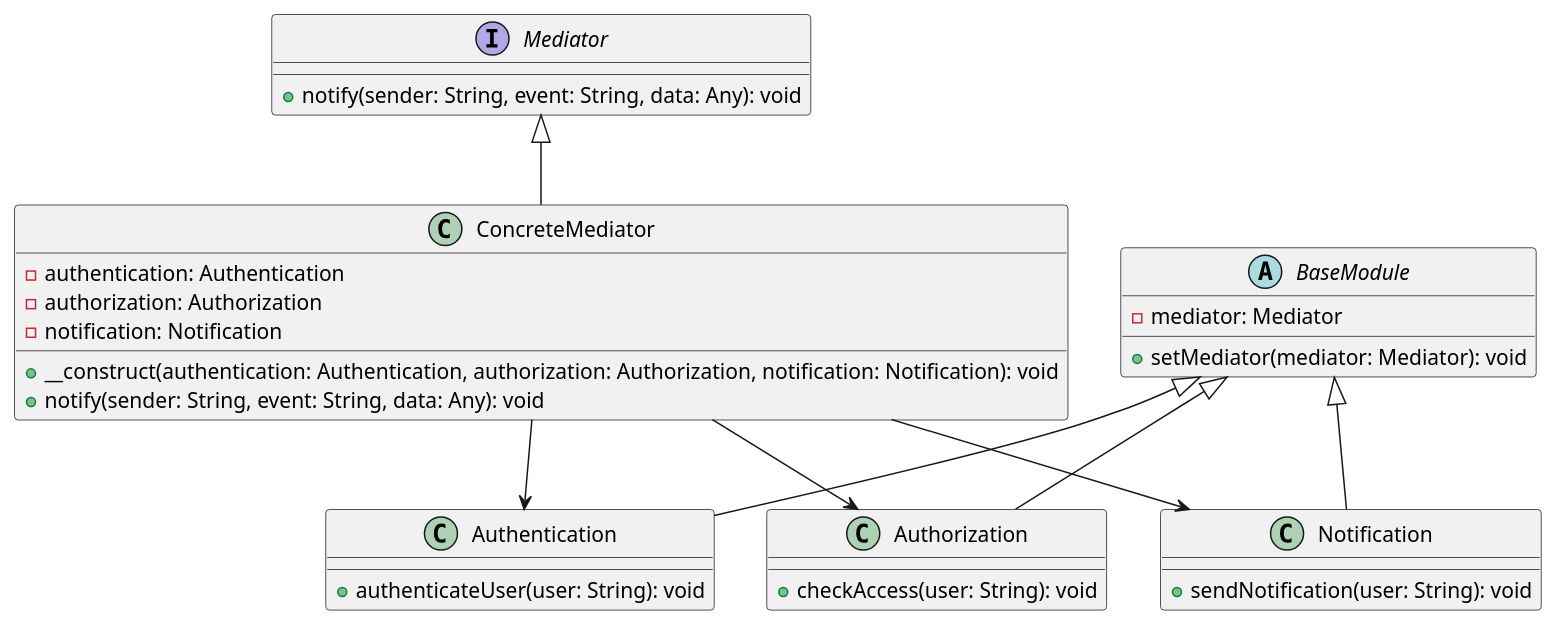
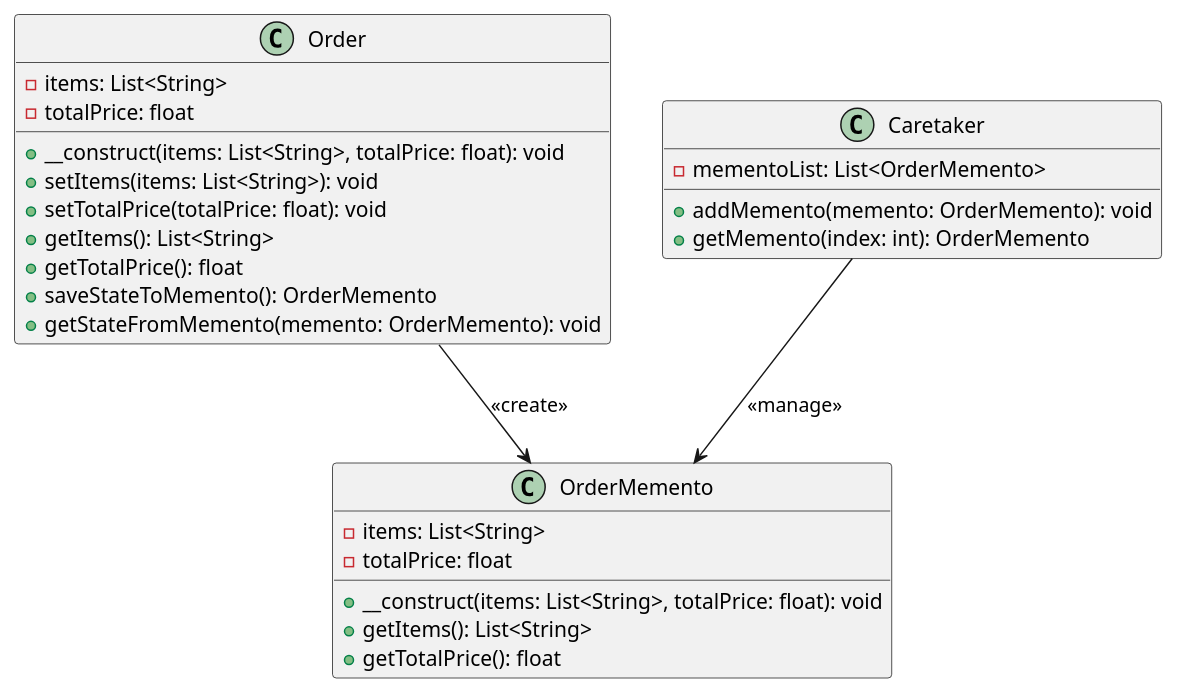
One commit to andrewovchinnikov/design-patterns changed the diagram in klassifikaciya-patternov/povedencheskie-patterny-behavioral-patterns/mnemoniko-memento/primery/sistema-upravleniya-zakazami-v-internet-magazine/php.md. Above: the diagram before and after it, drawn with PlantUML. The commit also changed other lines of this file and 36 other files, not shown here.

````diff
--- a/klassifikaciya-patternov/povedencheskie-patterny-behavioral-patterns/mnemoniko-memento/primery/sistema-upravleniya-zakazami-v-internet-magazine/php.md
+++ b/klassifikaciya-patternov/povedencheskie-patterny-behavioral-patterns/mnemoniko-memento/primery/sistema-upravleniya-zakazami-v-internet-magazine/php.md
@@ -133,40 +132,34 @@
 ```plantuml
 @startuml
-interface Mediator {
-    +notify(sender: String, event: String, data: Any): void
+
+class Order {
+    -items: List<String>
+    -totalPrice: float
+    +__construct(items: List<String>, totalPrice: float): void
+    +setItems(items: List<String>): void
+    +setTotalPrice(totalPrice: float): void
+    +getItems(): List<String>
+    +getTotalPrice(): float
+    +saveStateToMemento(): OrderMemento
+    +getStateFromMemento(memento: OrderMemento): void
 }
 
-class ConcreteMediator {
-    -authentication: Authentication
-    -authorization: Authorization
-    -notification: Notification
-    +__construct(authentication: Authentication, authorization: Authorization, notification: Notification): void
-    +notify(sender: String, event: String, data: Any): void
+class OrderMemento {
+    -items: List<String>
+    -totalPrice: float
+    +__construct(items: List<String>, totalPrice: float): void
+    +getItems(): List<String>
+    +getTotalPrice(): float
 }
 
-abstract class BaseModule {
-    -mediator: Mediator
-    +setMediator(mediator: Mediator): void
+class Caretaker {
+    -mementoList: List<OrderMemento>
+    +addMemento(memento: OrderMemento): void
+    +getMemento(index: int): OrderMemento
 }
 
-class Authentication {
-    +authenticateUser(user: String): void
-}
+Order --> OrderMemento: <<create>>
+Caretaker --> OrderMemento: <<manage>>
 
-class Authorization {
-    +checkAccess(user: String): void
-}
-
-class Notification {
-    +sendNotification(user: String): void
-}
-
-Mediator <|-- ConcreteMediator
-BaseModule <|-- Authentication
-BaseModule <|-- Authorization
-BaseModule <|-- Notification
-ConcreteMediator --> Authentication
-ConcreteMediator --> Authorization
-ConcreteMediator --> Notification
 @enduml
 ```
````
